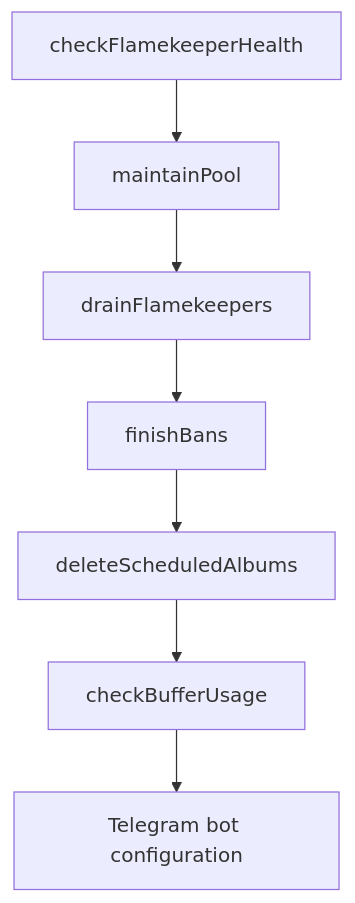
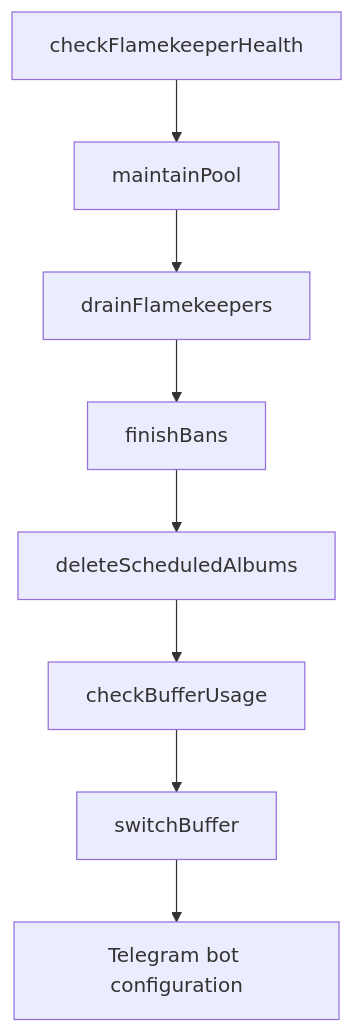
The first of 5 diagrams in docs/scenarios/cron/hourly.md (sagyzdop/meriksirat), drawn with Mermaid before and after one commit. The commit also changed 65 other files, not shown here.

````diff
--- a/docs/scenarios/cron/hourly.md
+++ b/docs/scenarios/cron/hourly.md
@@ -5,9 +5,10 @@
 ```mermaid
 flowchart TD
     A[checkFlamekeeperHealth] --> B[maintainPool]
     B --> C[drainFlamekeepers]
     C --> D[finishBans]
     D --> E[deleteScheduledAlbums]
     E --> F[checkBufferUsage]
-    F --> G[Telegram bot configuration]
+    F --> F2[switchBuffer]
+    F2 --> G[Telegram bot configuration]
 ```
````
